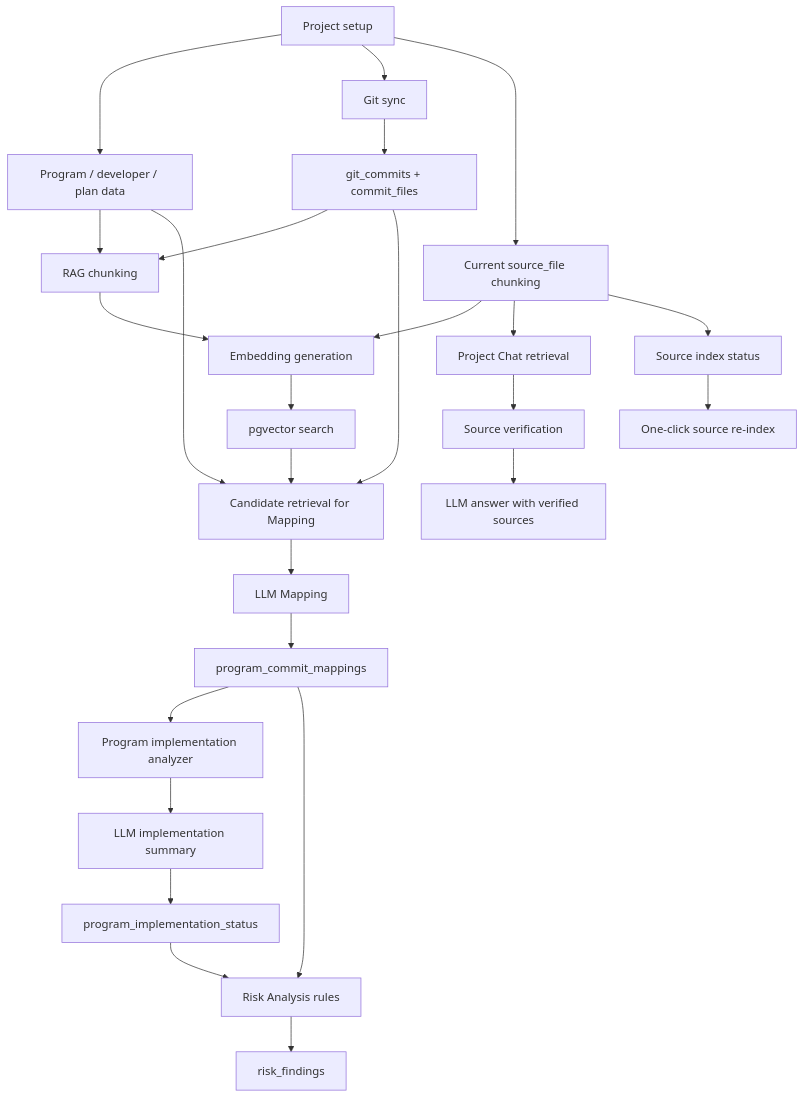
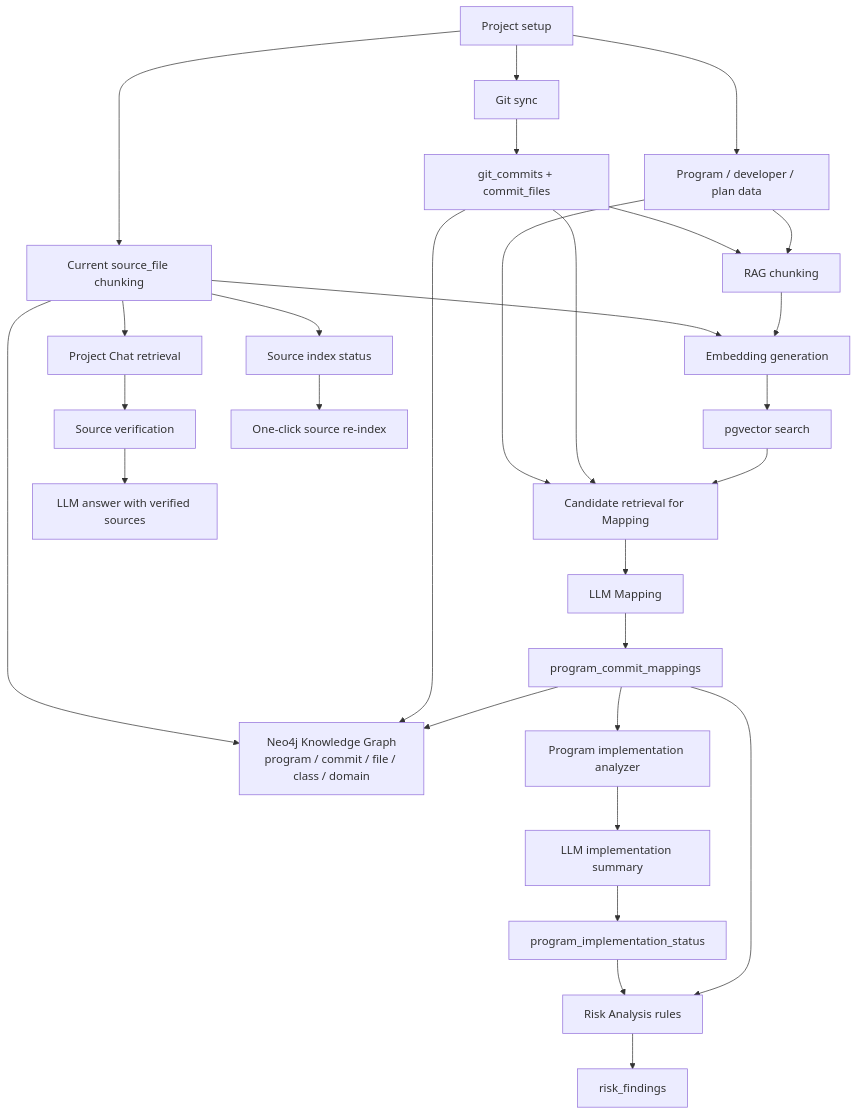
The diagram in docs/ai-technical-overview.md (ino5/ai-commit-advisor-26), drawn with Mermaid before and after one commit. The commit also changed other lines of this file and 24 other files, not shown here.

Commit message:
Add Neo4j knowledge graph foundation

````diff
--- a/docs/ai-technical-overview.md
+++ b/docs/ai-technical-overview.md
@@ -57,28 +60,31 @@
 ```mermaid
 flowchart TD
     A["Project setup"] --> B["Program / developer / plan data"]
     A --> C["Git sync"]
     C --> D["git_commits + commit_files"]
     B --> E["RAG chunking"]
     D --> E
     A --> SF["Current source_file chunking"]
     E --> V["Embedding generation"]
     SF --> V
     V --> VS["pgvector search"]
     VS --> M["Candidate retrieval for Mapping"]
     D --> M
     B --> M
     M --> LLM1["LLM Mapping"]
     LLM1 --> PM["program_commit_mappings"]
+    PM --> KG["Neo4j Knowledge Graph<br/>program / commit / file / class / domain"]
+    D --> KG
+    SF --> KG
     PM --> PI["Program implementation analyzer"]
     PI --> LLM2["LLM implementation summary"]
     LLM2 --> PS["program_implementation_status"]
     PM --> RA["Risk Analysis rules"]
     PS --> RA
     RA --> RF["risk_findings"]
     SF --> PC["Project Chat retrieval"]
     SF --> SI["Source index status"]
     PC --> SV["Source verification"]
     SV --> LLM3["LLM answer with verified sources"]
     SI --> RI["One-click source re-index"]
 ```
````
